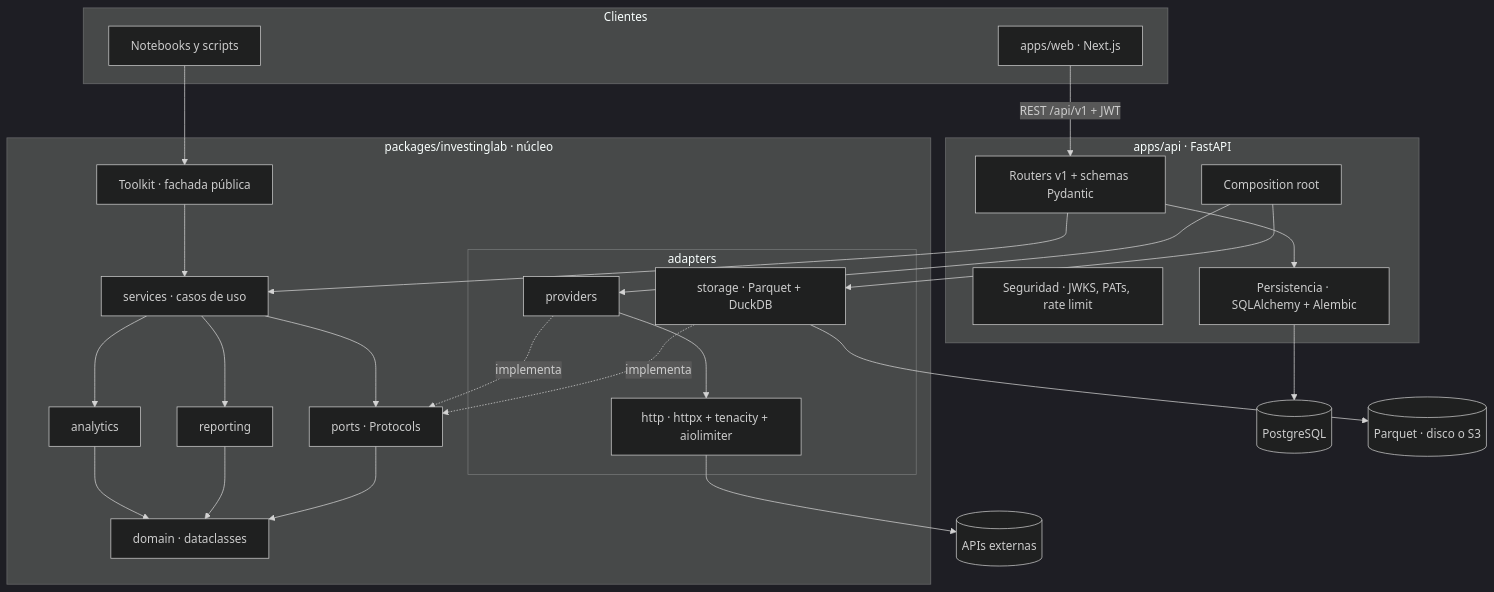
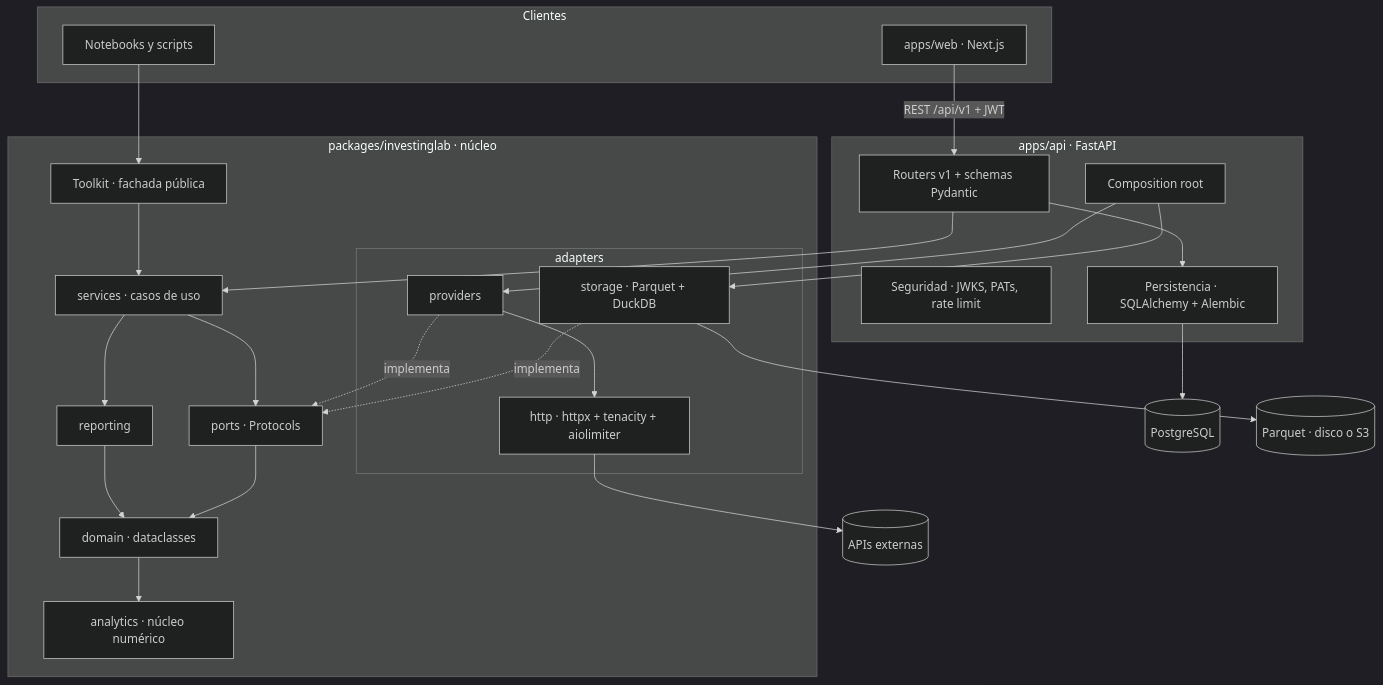
Before and after one commit to JAVIIFDEEZ/Finances: the first of 2 diagrams in docs/plan/plan-maestro.md, drawn with Mermaid (dark theme). The commit also changed other lines of this file and 4 other files, not shown here.

First line of the commit message:
refactor(arch): place the analytics kernel below the domain

````diff
--- a/docs/plan/plan-maestro.md
+++ b/docs/plan/plan-maestro.md
@@ -129,51 +130,50 @@
 ```mermaid
 flowchart TB
     subgraph clients[Clientes]
         NB[Notebooks y scripts]
         WEB[apps/web · Next.js]
     end
 
     subgraph api[apps/api · FastAPI]
         ROUTERS[Routers v1 + schemas Pydantic]
         SECURITY[Seguridad · JWKS, PATs, rate limit]
         PERSIST[Persistencia · SQLAlchemy + Alembic]
         ROOT[Composition root]
     end
 
     subgraph core[packages/investinglab · núcleo]
         FACADE[Toolkit · fachada pública]
         SERVICES[services · casos de uso]
-        ANALYTICS[analytics]
+        ANALYTICS[analytics · núcleo numérico]
         REPORTING[reporting]
         PORTS[ports · Protocols]
         DOMAIN[domain · dataclasses]
         subgraph adapters[adapters]
             PROVIDERS[providers]
             STORAGE[storage · Parquet + DuckDB]
             HTTPX[http · httpx + tenacity + aiolimiter]
         end
     end
 
     EXT[(APIs externas)]
     PG[(PostgreSQL)]
     PQ[(Parquet · disco o S3)]
 
     WEB -->|REST /api/v1 + JWT| ROUTERS
     NB --> FACADE
     ROUTERS --> SERVICES
     ROUTERS --> PERSIST
     ROOT --> PROVIDERS
     ROOT --> STORAGE
     FACADE --> SERVICES
     SERVICES --> PORTS
-    SERVICES --> ANALYTICS
     SERVICES --> REPORTING
-    ANALYTICS --> DOMAIN
     REPORTING --> DOMAIN
     PORTS --> DOMAIN
+    DOMAIN --> ANALYTICS
     PROVIDERS -.implementa.-> PORTS
     STORAGE -.implementa.-> PORTS
     PROVIDERS --> HTTPX --> EXT
     STORAGE --> PQ
     PERSIST --> PG
 ```
````
